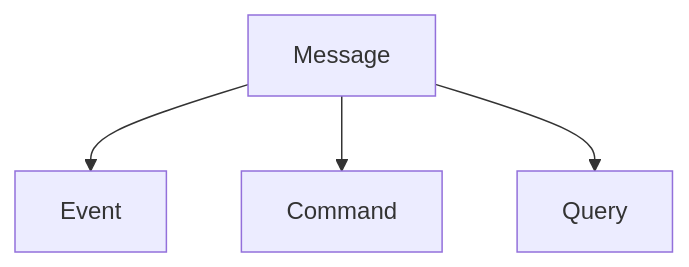
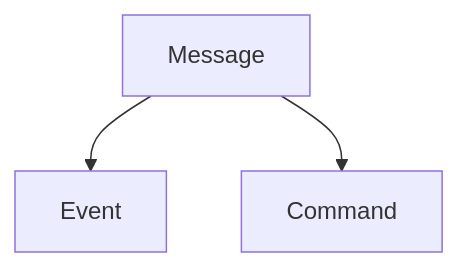
Before and after one commit to diplomegalo/event-driven: the first of 6 diagrams in website/docs/Building Event Driven Microservices/definition-des-concepts.md, drawn with Mermaid. The commit also changed other lines of this file and 1 other file, not shown here.

````diff
--- a/website/docs/Building Event Driven Microservices/definition-des-concepts.md
+++ b/website/docs/Building Event Driven Microservices/definition-des-concepts.md
@@ -23,6 +23,5 @@
 ```mermaid
 graph TD
     A[Message] --> B[Event]
-    A[Message] --> C[Command]
-    A[Message] --> D[Query]
+    A --> C[Command]
 ```
````
